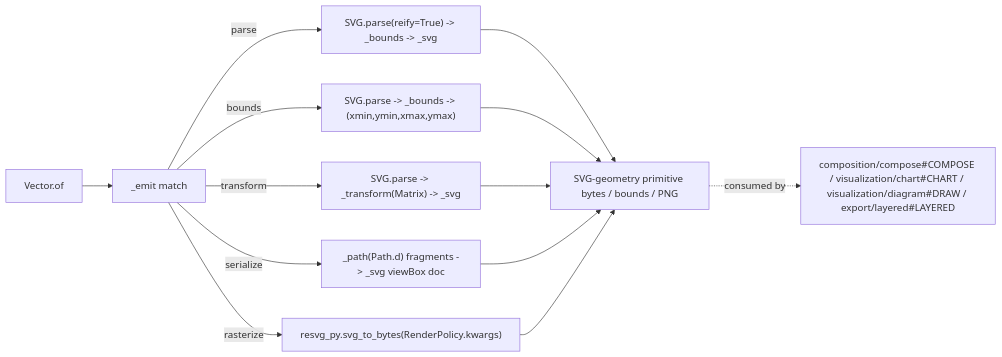
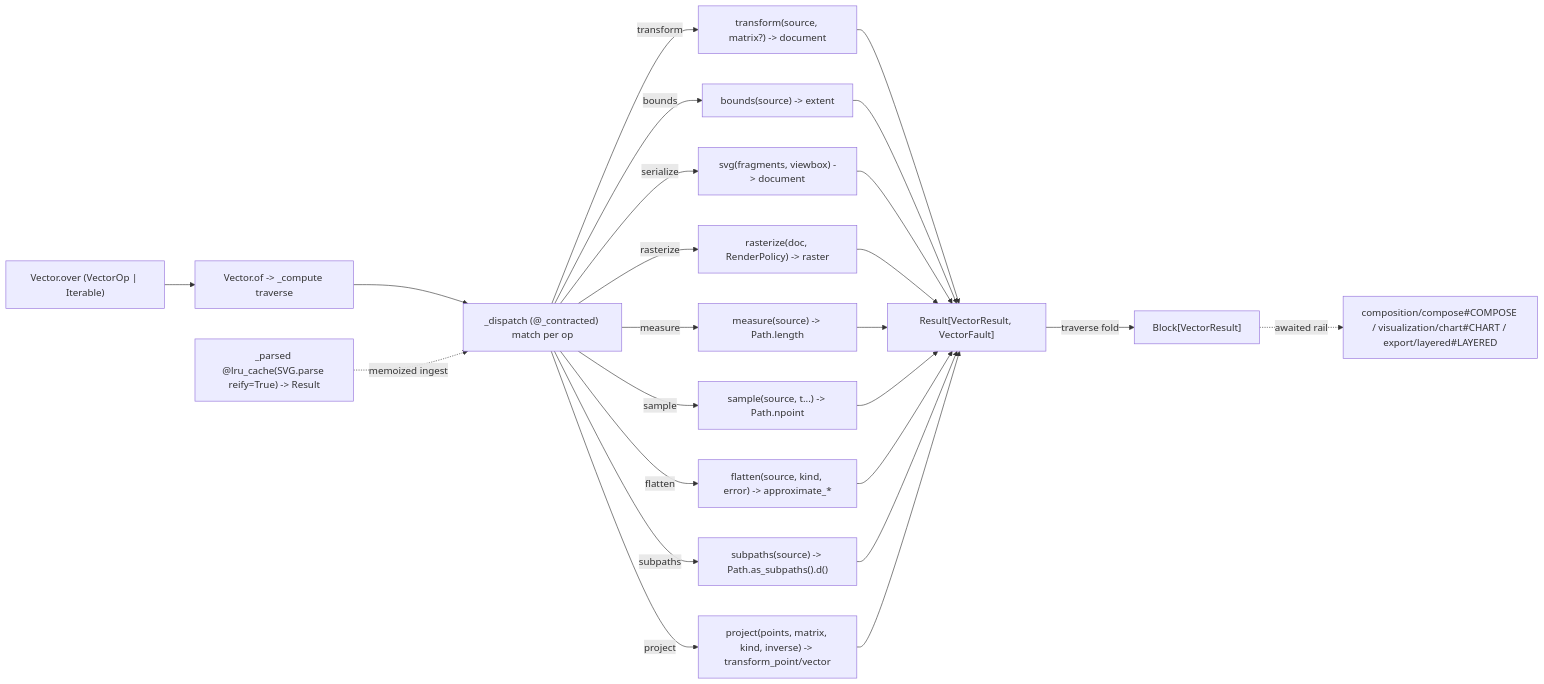
The diagram in libs/python/artifacts/.planning/graphic/vector.md (bsamiee/Rasm), drawn with Mermaid before and after one commit. The commit also changed other lines of this file and 21 other files, not shown here.

````diff
--- a/libs/python/artifacts/.planning/graphic/vector.md
+++ b/libs/python/artifacts/.planning/graphic/vector.md
@@ -176,15 +379,26 @@
 ```mermaid
 flowchart LR
-    Of["Vector.of"] --> Emit["_emit match"]
-    Emit -->|parse| Parse["SVG.parse(reify=True) -> _bounds -> _svg"]
-    Emit -->|bounds| BoundsArm["SVG.parse -> _bounds -> (xmin,ymin,xmax,ymax)"]
-    Emit -->|transform| Tx["SVG.parse -> _transform(Matrix) -> _svg"]
-    Emit -->|serialize| Ser["_path(Path.d) fragments -> _svg viewBox doc"]
-    Emit -->|rasterize| Ras["resvg_py.svg_to_bytes(RenderPolicy.kwargs)"]
-    Parse --> Primitive["SVG-geometry primitive bytes / bounds / PNG"]
-    BoundsArm --> Primitive
-    Tx --> Primitive
-    Ser --> Primitive
-    Ras --> Primitive
-    Primitive -.->|consumed by| Consumers["composition/compose#COMPOSE / visualization/chart#CHART / visualization/diagram#DRAW / export/layered#LAYERED"]
+    Over["Vector.over (VectorOp | Iterable)"] --> Of["Vector.of -> _compute traverse"]
+    Of --> Disp["_dispatch (@_contracted) match per op"]
+    Disp -->|transform| Tx["transform(source, matrix?) -> document"]
+    Disp -->|bounds| Bd["bounds(source) -> extent"]
+    Disp -->|serialize| Ser["svg(fragments, viewbox) -> document"]
+    Disp -->|rasterize| Ras["rasterize(doc, RenderPolicy) -> raster"]
+    Disp -->|measure| Ms["measure(source) -> Path.length"]
+    Disp -->|sample| Sm["sample(source, t...) -> Path.npoint"]
+    Disp -->|flatten| Fl["flatten(source, kind, error) -> approximate_*"]
+    Disp -->|subpaths| Sp["subpaths(source) -> Path.as_subpaths().d()"]
+    Disp -->|project| Pj["project(points, matrix, kind, inverse) -> transform_point/vector"]
+    Tx --> Result["Result[VectorResult, VectorFault]"]
+    Bd --> Result
+    Ser --> Result
+    Ras --> Result
+    Ms --> Result
+    Sm --> Result
+    Fl --> Result
+    Sp --> Result
+    Pj --> Result
+    Parse["_parsed @lru_cache(SVG.parse reify=True) -> Result"] -.->|memoized ingest| Disp
+    Result -->|traverse fold| Block["Block[VectorResult]"]
+    Block -.->|awaited rail| Consumers["composition/compose#COMPOSE / visualization/chart#CHART / export/layered#LAYERED"]
 ```
````
